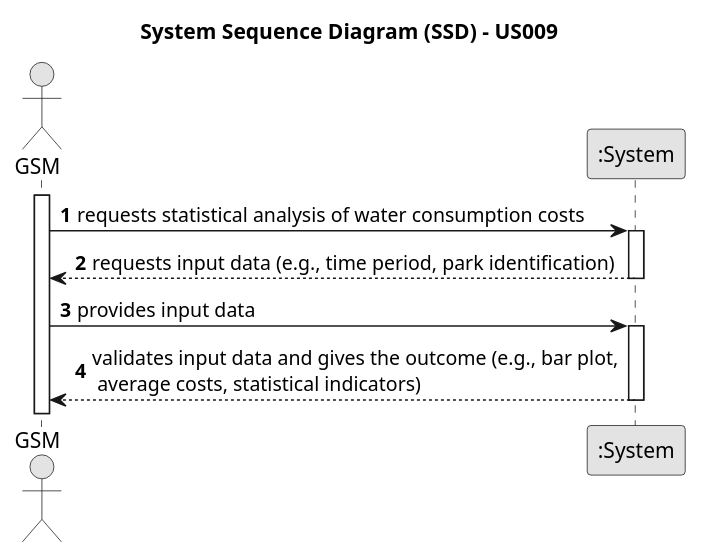
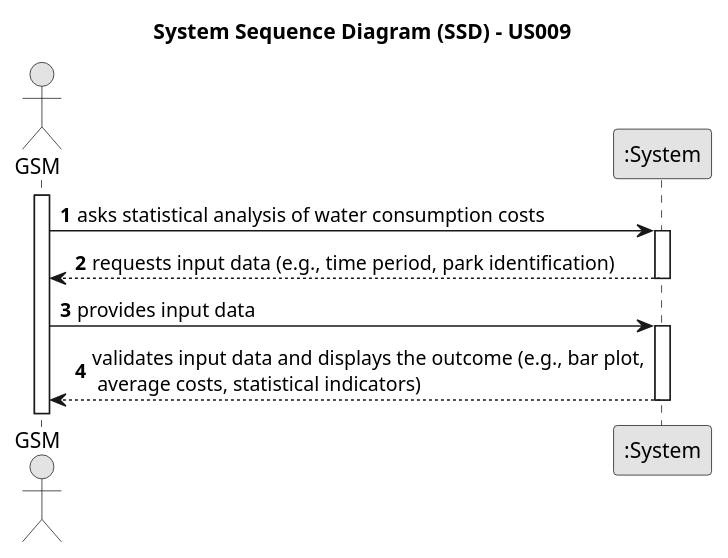
The diagram in docs/sprintB/us009/01.requirements-engineering/puml/us009-system-sequence-diagram-alternative-one.puml (ricardomm7/leaflink), drawn with PlantUML before and after one commit. The commit also changed 6 other files, not shown here.

```diff
--- a/docs/sprintB/us009/01.requirements-engineering/puml/us009-system-sequence-diagram-alternative-one.puml
+++ b/docs/sprintB/us009/01.requirements-engineering/puml/us009-system-sequence-diagram-alternative-one.puml
@@ -1,27 +1,27 @@
 @startuml
 skinparam monochrome true
 skinparam packageStyle rectangle
 skinparam shadowing false
 
 title System Sequence Diagram (SSD) - US009
 
 autonumber
 
 actor "GSM" as GSM
 participant ":System" as System
 
 activate GSM
 
-    GSM -> System : requests statistical analysis of water consumption costs
+    GSM -> System : asks statistical analysis of water consumption costs
     activate System
 
         System --> GSM : requests input data (e.g., time period, park identification)
     deactivate System
 
     GSM -> System : provides input data
     activate System
 
-        System --> GSM : validates input data and gives the outcome (e.g., bar plot,\n average costs, statistical indicators)
+        System --> GSM : validates input data and displays the outcome (e.g., bar plot,\n average costs, statistical indicators)
     deactivate System
 
 @enduml
```
